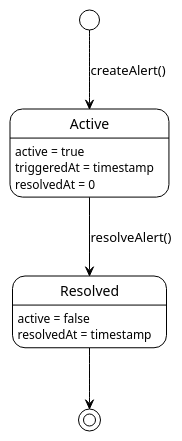
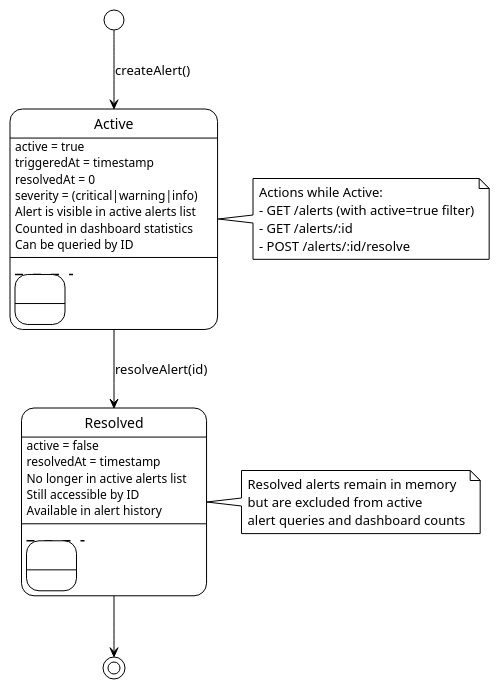
One commit to UIMSolutions/uim-iaas changed the fourth of 8 diagrams in monitoring/README.md. Above: the diagram before and after it, drawn with PlantUML. The commit also changed other lines of this file and 10 other files, not shown here.

````diff
--- a/monitoring/README.md
+++ b/monitoring/README.md
@@ -261,19 +442,45 @@
 ```plantuml
 @startuml
 !theme plain
 
 [*] --> Active : createAlert()
 
-Active : active = true
-Active : triggeredAt = timestamp
-Active : resolvedAt = 0
+state Active {
+    Active : active = true
+    Active : triggeredAt = timestamp
+    Active : resolvedAt = 0
+    Active : severity = (critical|warning|info)
+    --
+    Active : Alert is visible in active alerts list
+    Active : Counted in dashboard statistics
+    Active : Can be queried by ID
+}
 
-Active --> Resolved : resolveAlert()
+Active --> Resolved : resolveAlert(id)
 
-Resolved : active = false
-Resolved : resolvedAt = timestamp
+state Resolved {
+    Resolved : active = false
+    Resolved : resolvedAt = timestamp
+    --
+    Resolved : No longer in active alerts list
+    Resolved : Still accessible by ID
+    Resolved : Available in alert history
+}
 
 Resolved --> [*]
 
+note right of Active
+    Actions while Active:
+    - GET /alerts (with active=true filter)
+    - GET /alerts/:id
+    - POST /alerts/:id/resolve
+end note
+
+note right of Resolved
+    Resolved alerts remain in memory
+    but are excluded from active
+    alert queries and dashboard counts
+end note
+
 @enduml
 ```
````
